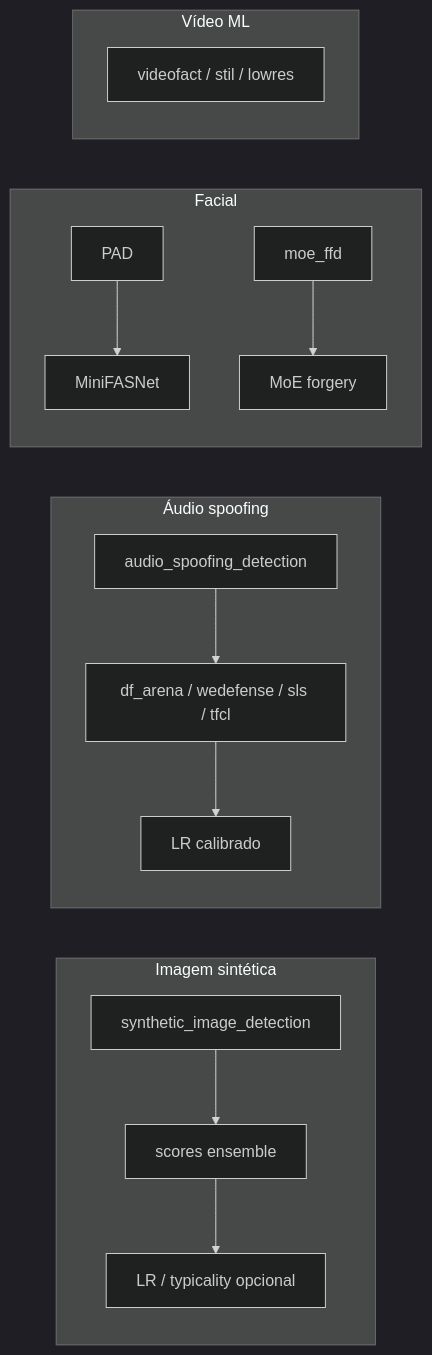
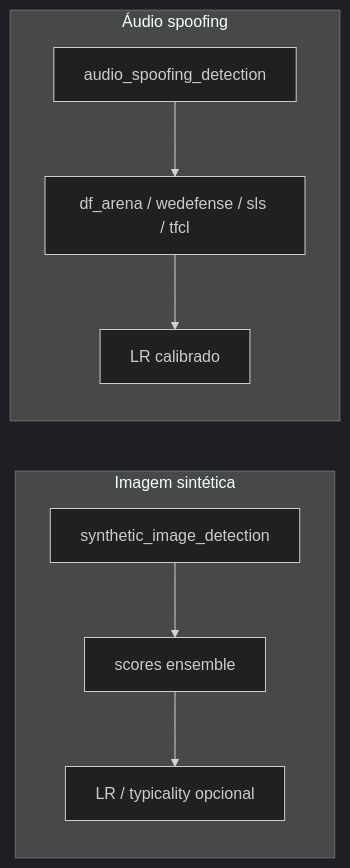
The diagram in docs/09-ml-e-artefatos.md (peritopaulomax/ForensicAuth), drawn with Mermaid (dark theme) before and after one commit.

````diff
--- a/docs/09-ml-e-artefatos.md
+++ b/docs/09-ml-e-artefatos.md
@@ -19,18 +19,12 @@
 ```mermaid
 flowchart LR
   subgraph Synth[Imagem sintética]
     S1[synthetic_image_detection] --> S2[scores ensemble]
     S2 --> S3[LR / typicality opcional]
   end
   subgraph Audio[Áudio spoofing]
     A1[audio_spoofing_detection] --> A2[df_arena / wedefense / sls / tfcl]
     A2 --> A3[LR calibrado]
   end
-  subgraph Face[Facial]
-    F1[PAD] --> F2[MiniFASNet]
-    F3[moe_ffd] --> F4[MoE forgery]
-  end
-  subgraph Video[Vídeo ML]
-    V1[videofact / stil / lowres]
-  end
+ 
 ```
````
